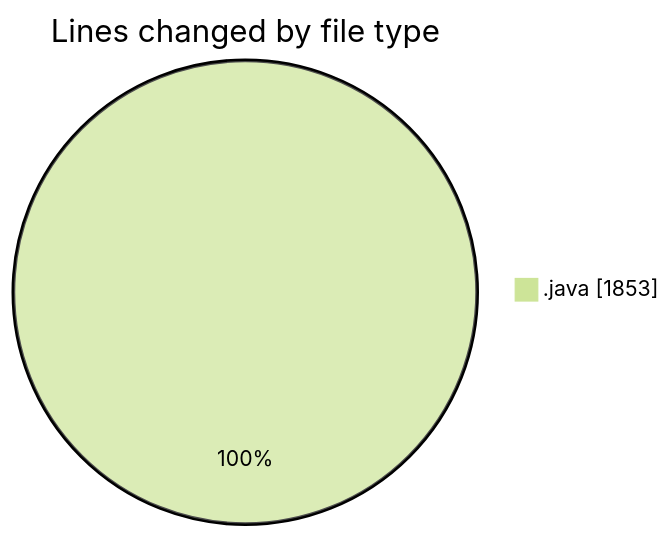
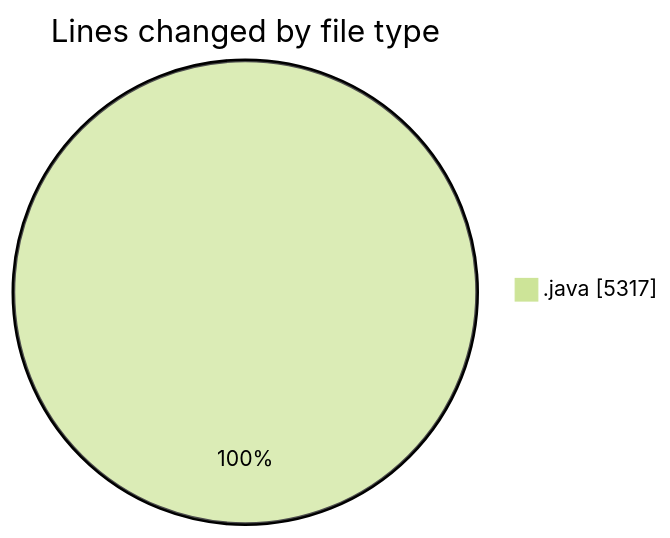
Before and after one commit to ricardozamudiocil/code-tracking: the first of 2 diagrams in 2026-03-12/cilapp/README.md, drawn with Mermaid (forest theme). The commit also changed other lines of this file and 1 other file, not shown here.

````diff
--- a/2026-03-12/cilapp/README.md
+++ b/2026-03-12/cilapp/README.md
@@ -22,5 +23,5 @@
 ```mermaid
 pie showData
 title Lines changed by file type
-".java" : 1853
+".java" : 5317
 ```
````
